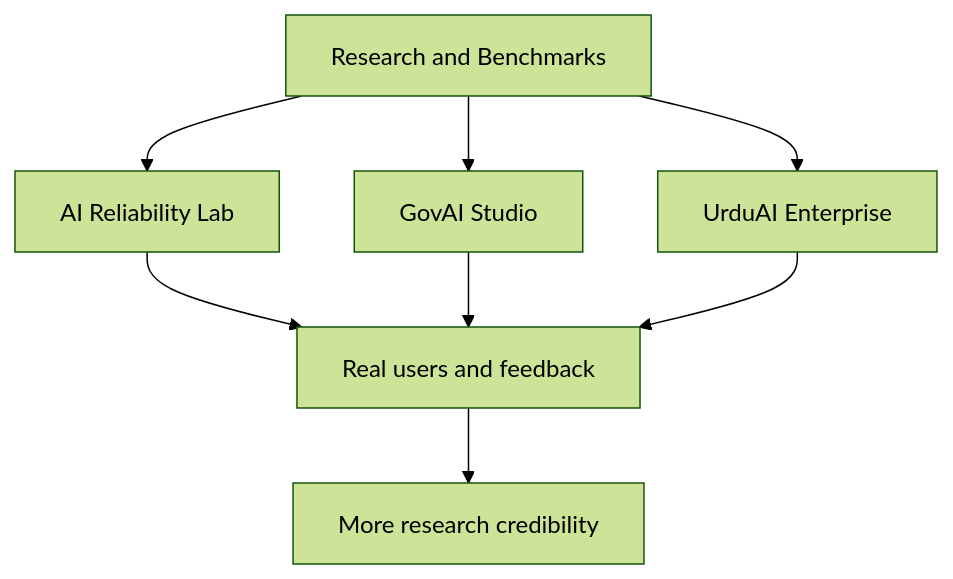
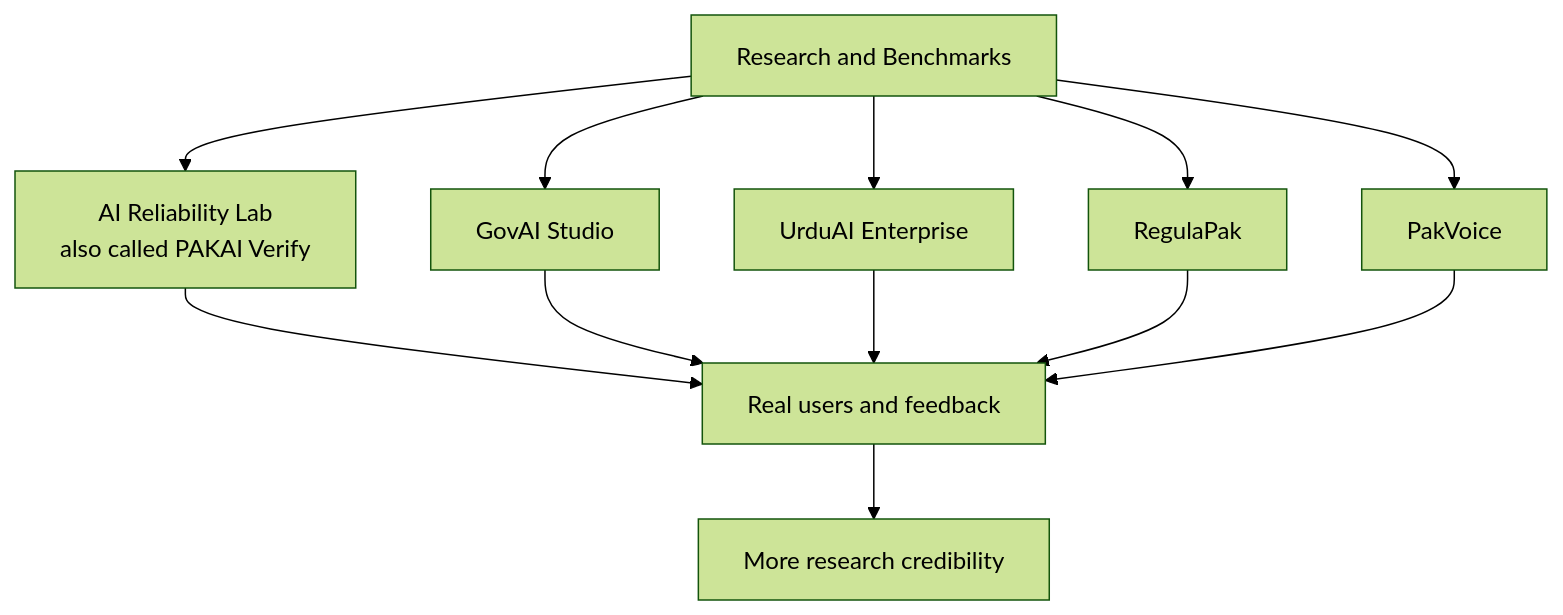
The sixth of 8 diagrams in README.md (salikhussain71-code/salikhussain71-code), drawn with Mermaid (forest theme) before and after one commit. The commit also changed other lines of this file, not shown here.

````diff
--- a/README.md
+++ b/README.md
@@ -577,10 +646,14 @@
 ```mermaid
 flowchart TD
-    R[Research and Benchmarks] --> P1[AI Reliability Lab]
+    R[Research and Benchmarks] --> P1[AI Reliability Lab<br/>also called PAKAI Verify]
     R --> P2[GovAI Studio]
     R --> P3[UrduAI Enterprise]
+    R --> P4[RegulaPak]
+    R --> P5[PakVoice]
     P1 --> U[Real users and feedback]
     P2 --> U
     P3 --> U
+    P4 --> U
+    P5 --> U
     U --> C[More research credibility]
 ```
````
